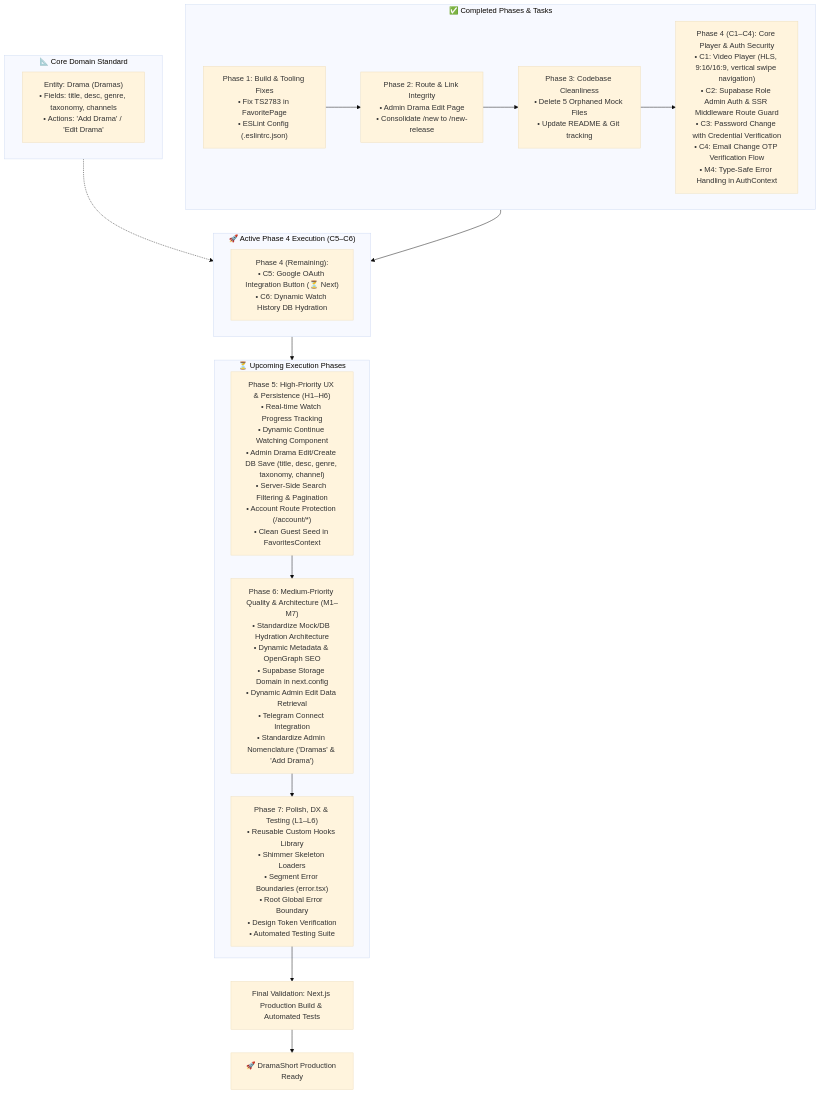
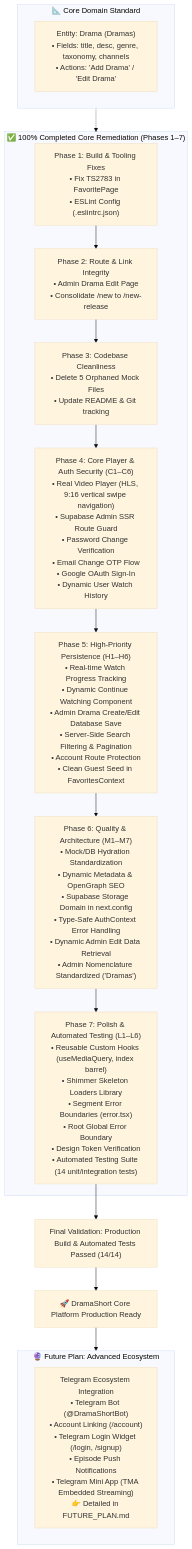
Before and after one commit to s3327/dramashort-app: the diagram in FIXES_PLAN.md, drawn with Mermaid (base theme). The commit also changed other lines of this file and 2 other files, not shown here.

Commit message:
docs(plan): establish FUTURE_PLAN.md with complete Telegram ecosystem architecture and regression audit

````diff
--- a/FIXES_PLAN.md
+++ b/FIXES_PLAN.md
@@ -678,34 +678,27 @@
 ```mermaid
 flowchart TD
     subgraph DomainStandard["📐 Core Domain Standard"]
         DS["Entity: Drama (Dramas)<br/>• Fields: title, desc, genre, taxonomy, channels<br/>• Actions: 'Add Drama' / 'Edit Drama'"]
     end
 
-    subgraph Completed["✅ Completed Phases & Tasks"]
+    subgraph CompletedPhases["✅ 100% Completed Core Remediation (Phases 1–7)"]
         P1["Phase 1: Build & Tooling Fixes<br/>• Fix TS2783 in FavoritePage<br/>• ESLint Config (.eslintrc.json)"]
         P2["Phase 2: Route & Link Integrity<br/>• Admin Drama Edit Page<br/>• Consolidate /new to /new-release"]
         P3["Phase 3: Codebase Cleanliness<br/>• Delete 5 Orphaned Mock Files<br/>• Update README & Git tracking"]
-        P4A["Phase 4 (C1–C4): Core Player & Auth Security<br/>• C1: Video Player (HLS, 9:16/16:9, vertical swipe navigation)<br/>• C2: Supabase Role Admin Auth & SSR Middleware Route Guard<br/>• C3: Password Change with Credential Verification<br/>• C4: Email Change OTP Verification Flow<br/>• M4: Type-Safe Error Handling in AuthContext"]
-        P1 --> P2 --> P3 --> P4A
+        P4["Phase 4: Core Player & Auth Security (C1–C6)<br/>• Real Video Player (HLS, 9:16 vertical swipe navigation)<br/>• Supabase Admin SSR Route Guard<br/>• Password Change Verification<br/>• Email Change OTP Flow<br/>• Google OAuth Sign-In<br/>• Dynamic User Watch History"]
+        P5["Phase 5: High-Priority Persistence (H1–H6)<br/>• Real-time Watch Progress Tracking<br/>• Dynamic Continue Watching Component<br/>• Admin Drama Create/Edit Database Save<br/>• Server-Side Search Filtering & Pagination<br/>• Account Route Protection<br/>• Clean Guest Seed in FavoritesContext"]
+        P6["Phase 6: Quality & Architecture (M1–M7)<br/>• Mock/DB Hydration Standardization<br/>• Dynamic Metadata & OpenGraph SEO<br/>• Supabase Storage Domain in next.config<br/>• Type-Safe AuthContext Error Handling<br/>• Dynamic Admin Edit Data Retrieval<br/>• Admin Nomenclature Standardized ('Dramas')"]
+        P7["Phase 7: Polish & Automated Testing (L1–L6)<br/>• Reusable Custom Hooks (useMediaQuery, index barrel)<br/>• Shimmer Skeleton Loaders Library<br/>• Segment Error Boundaries (error.tsx)<br/>• Root Global Error Boundary<br/>• Design Token Verification<br/>• Automated Testing Suite (14 unit/integration tests)"]
+
+        P1 --> P2 --> P3 --> P4 --> P5 --> P6 --> P7
     end
 
-    subgraph ActivePhase["🚀 Active Phase 4 Execution (C5–C6)"]
-        P4B["Phase 4 (Remaining):<br/>• C5: Google OAuth Integration Button (⏳ Next)<br/>• C6: Dynamic Watch History DB Hydration"]
+    subgraph FuturePlan["🔮 Future Plan: Advanced Ecosystem"]
+        FP["Telegram Ecosystem Integration<br/>• Telegram Bot (@DramaShortBot)<br/>• Account Linking (/account)<br/>• Telegram Login Widget (/login, /signup)<br/>• Episode Push Notifications<br/>• Telegram Mini App (TMA Embedded Streaming)<br/>👉 Detailed in FUTURE_PLAN.md"]
     end
 
-    subgraph Upcoming["⏳ Upcoming Execution Phases"]
-        P5["Phase 5: High-Priority UX & Persistence (H1–H6)<br/>• Real-time Watch Progress Tracking<br/>• Dynamic Continue Watching Component<br/>• Admin Drama Edit/Create DB Save (title, desc, genre, taxonomy, channel)<br/>• Server-Side Search Filtering & Pagination<br/>• Account Route Protection (/account/*)<br/>• Clean Guest Seed in FavoritesContext"]
-        
-        P6["Phase 6: Medium-Priority Quality & Architecture (M1–M7)<br/>• Standardize Mock/DB Hydration Architecture<br/>• Dynamic Metadata & OpenGraph SEO<br/>• Supabase Storage Domain in next.config<br/>• Dynamic Admin Edit Data Retrieval<br/>• Telegram Connect Integration<br/>• Standardize Admin Nomenclature ('Dramas' & 'Add Drama')"]
-        
-        P7["Phase 7: Polish, DX & Testing (L1–L6)<br/>• Reusable Custom Hooks Library<br/>• Shimmer Skeleton Loaders<br/>• Segment Error Boundaries (error.tsx)<br/>• Root Global Error Boundary<br/>• Design Token Verification<br/>• Automated Testing Suite"]
-        
-        P5 --> P6 --> P7
-    end
-
-    DomainStandard -.-> ActivePhase
-    Completed --> ActivePhase
-    ActivePhase --> Upcoming
-    P7 --> V["Final Validation: Next.js Production Build & Automated Tests"]
-    V --> Done["🚀 DramaShort Production Ready"]
+    DomainStandard -.-> CompletedPhases
+    P7 --> V["Final Validation: Production Build & Automated Tests Passed (14/14)"]
+    V --> Done["🚀 DramaShort Core Platform Production Ready"]
+    Done --> FuturePlan
 ```
````
